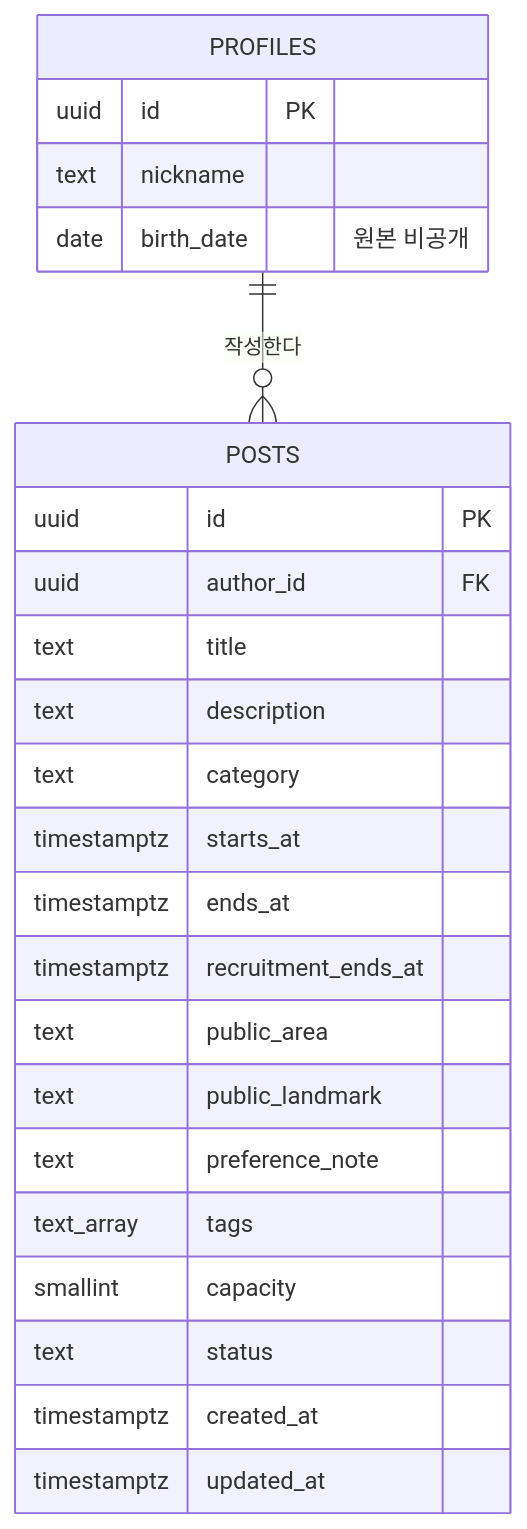
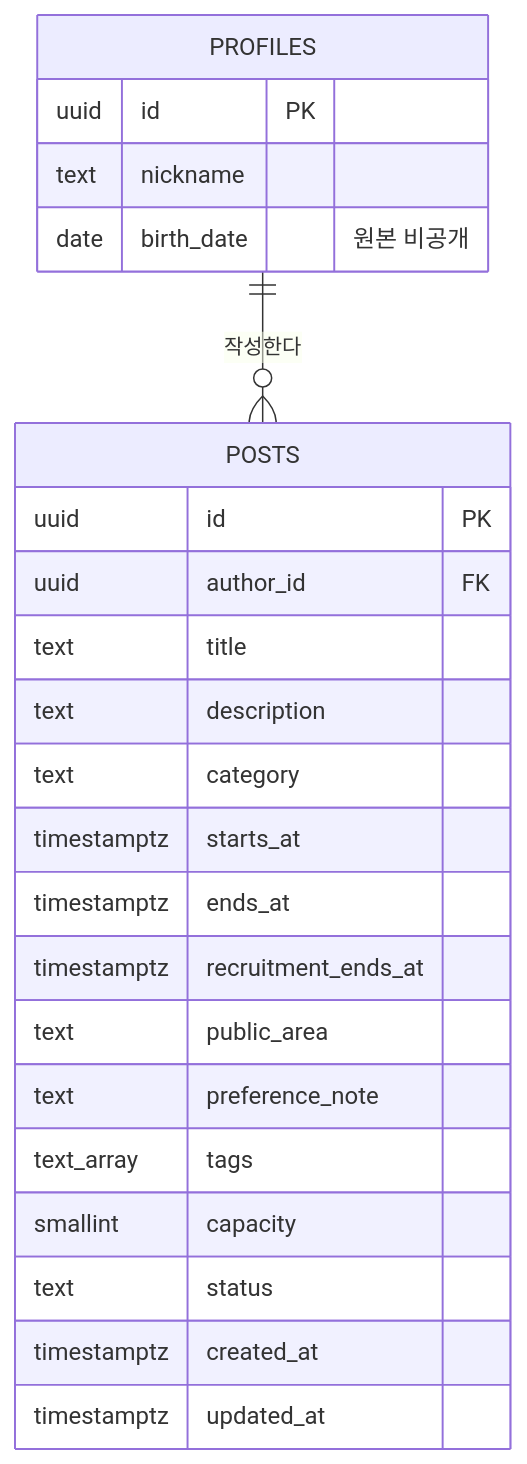
Before and after one commit to jjackbb/yumidang: the second of 3 diagrams in docs/backend-plans/03-browse-posts.md, drawn with Mermaid. The commit also changed other lines of this file and 6 other files, not shown here.

````diff
--- a/docs/backend-plans/03-browse-posts.md
+++ b/docs/backend-plans/03-browse-posts.md
@@ -40,29 +40,28 @@
 ```mermaid
 erDiagram
     PROFILES ||--o{ POSTS : "작성한다"
 
     PROFILES {
         uuid id PK
         text nickname
         date birth_date "원본 비공개"
     }
 
     POSTS {
         uuid id PK
         uuid author_id FK
         text title
         text description
         text category
         timestamptz starts_at
         timestamptz ends_at
         timestamptz recruitment_ends_at
         text public_area
-        text public_landmark
         text preference_note
         text_array tags
         smallint capacity
         text status
         timestamptz created_at
         timestamptz updated_at
     }
 ```
````
